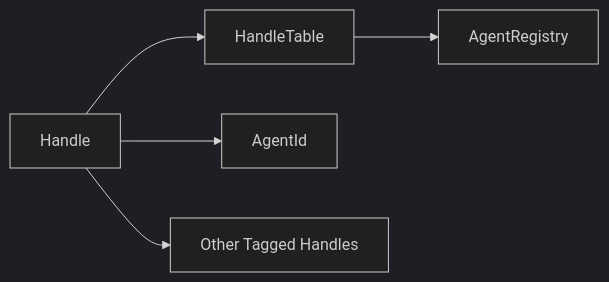
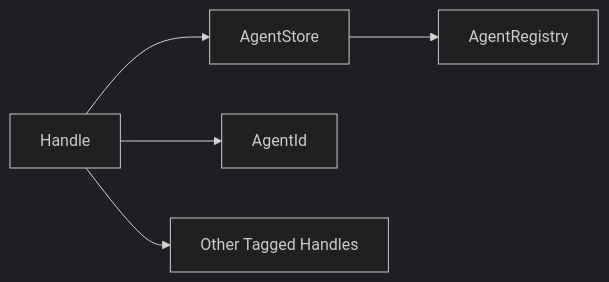
One commit to jabbadablack/G.O.A.T changed the diagram in Docs/02 - C++ Components/Handle.md. Above: the diagram before and after it, drawn with Mermaid (dark theme). The commit also changed other lines of this file and 44 other files, not shown here.

````diff
--- a/Docs/02 - C++ Components/Handle.md
+++ b/Docs/02 - C++ Components/Handle.md
@@ -63,7 +63,7 @@
 ```mermaid
 graph LR
-    A[Handle] --> B[HandleTable]
+    A[Handle] --> B[AgentStore]
     A --> C[AgentId]
     A --> D[Other Tagged Handles]
     B --> E[AgentRegistry]
 ```
````
